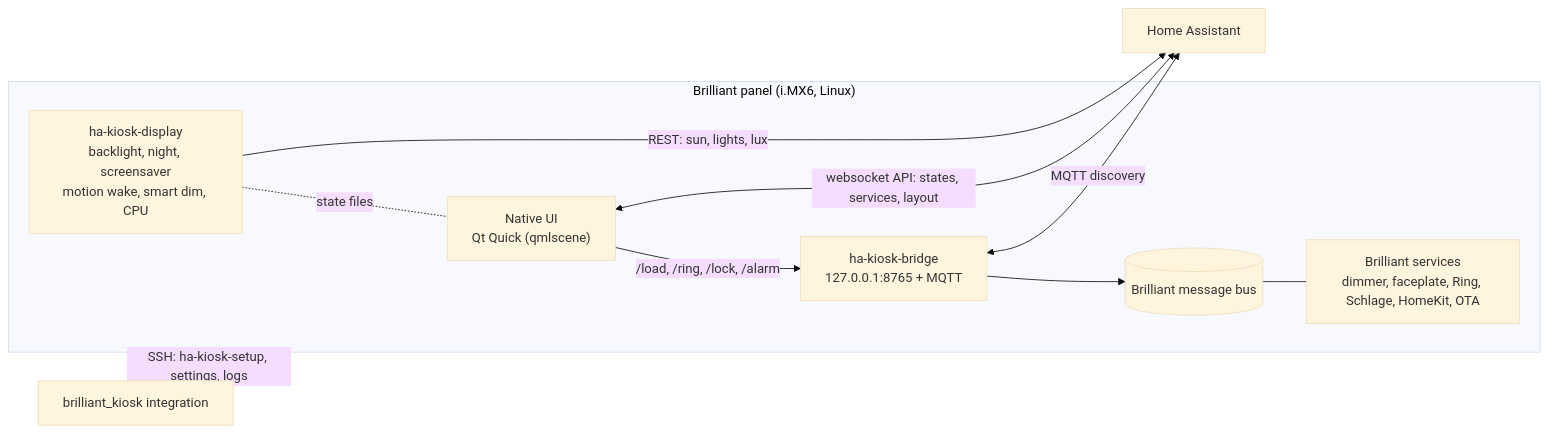
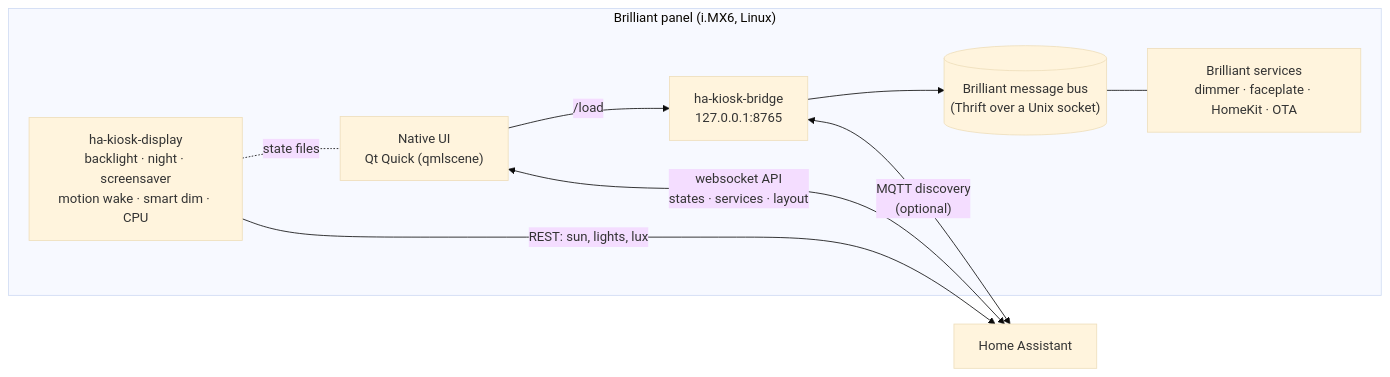
The diagram in README.md (MikeI-Code/brilliant-ha-kiosk), drawn with Mermaid (base theme) before and after one commit. The commit also changed other lines of this file and 7 other files, not shown here.

````diff
--- a/README.md
+++ b/README.md
@@ -125,17 +163,16 @@
 ```mermaid
 flowchart LR
   subgraph Panel["Brilliant panel (i.MX6, Linux)"]
     UI["Native UI<br/>Qt Quick (qmlscene)"]
-    DISP["ha-kiosk-display<br/>backlight, night, screensaver<br/>motion wake, smart dim, CPU"]
-    BR["ha-kiosk-bridge<br/>127.0.0.1:8765 + MQTT"]
-    BUS[("Brilliant message bus")]
-    HW["Brilliant services<br/>dimmer, faceplate, Ring, Schlage, HomeKit, OTA"]
-    UI -- "/load, /ring, /lock, /alarm" --> BR --> BUS --- HW
+    DISP["ha-kiosk-display<br/>backlight · night · screensaver<br/>motion wake · smart dim · CPU"]
+    BR["ha-kiosk-bridge<br/>127.0.0.1:8765"]
+    BUS[("Brilliant message bus<br/>(Thrift over a Unix socket)")]
+    HW["Brilliant services<br/>dimmer · faceplate · HomeKit · OTA"]
+    UI -- "/load" --> BR --> BUS --- HW
     DISP -. "state files" .- UI
   end
   HA["Home Assistant"]
-  UI <-- "websocket API: states, services, layout" --> HA
+  UI <-- "websocket API<br/>states · services · layout" --> HA
   DISP -- "REST: sun, lights, lux" --> HA
-  BR <-- "MQTT discovery" --> HA
-  INT["brilliant_kiosk integration"] -- "SSH: ha-kiosk-setup, settings, logs" --> Panel
+  BR <-- "MQTT discovery<br/>(optional)" --> HA
 ```
````
